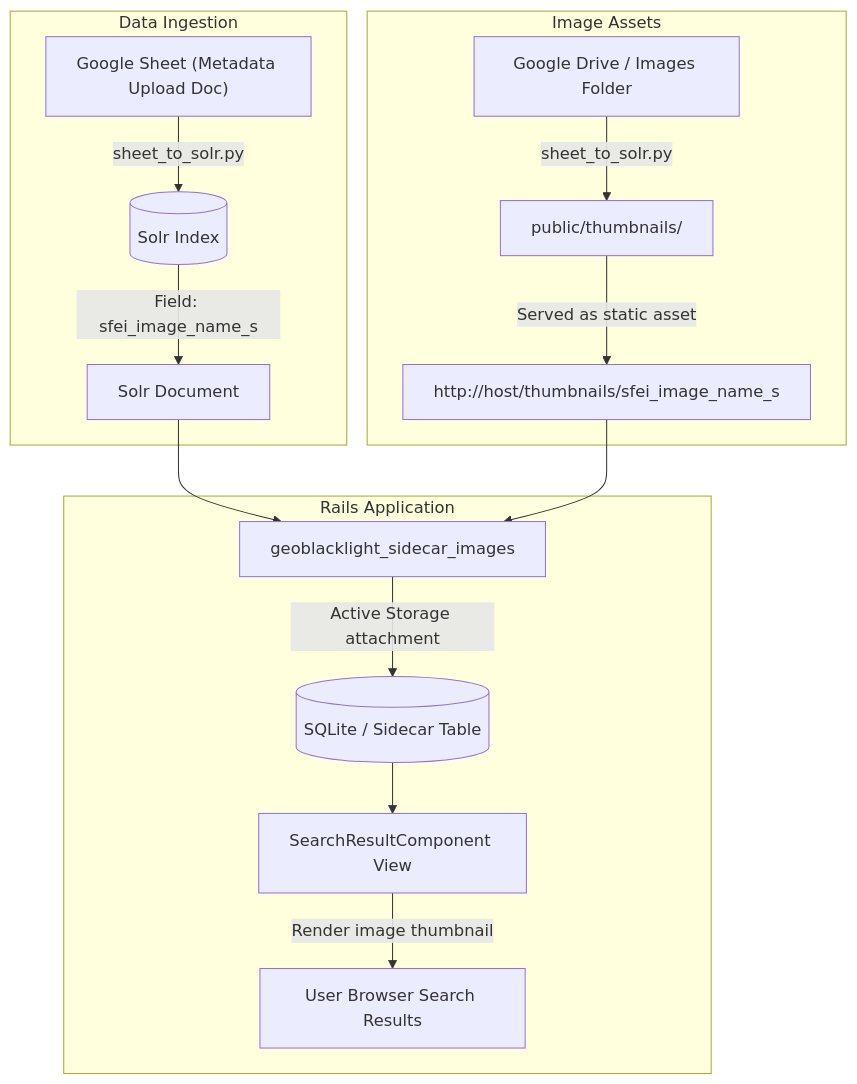
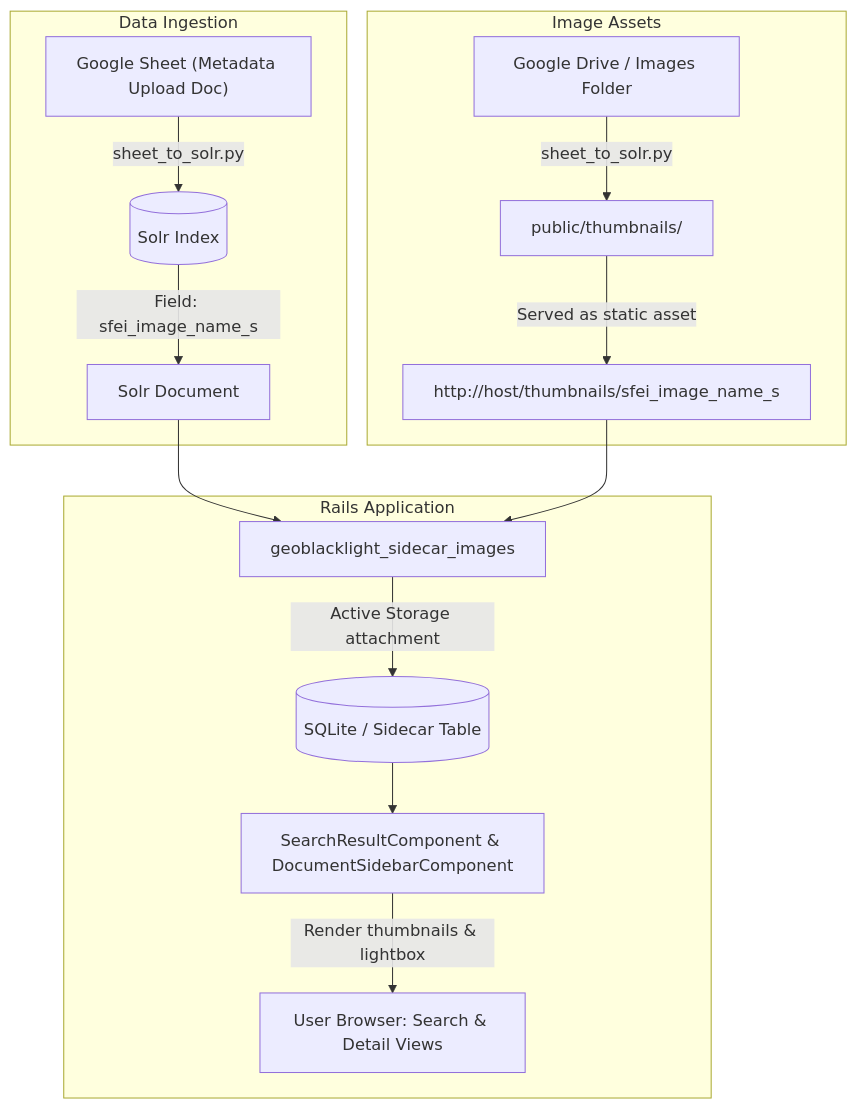
The diagram in docs/specs/sidecar-images-spec.md (noorsheikh2/SFEI-GeoBlacklight-Internal), drawn with Mermaid before and after one commit. The commit also changed other lines of this file and 7 other files, not shown here.

````diff
--- a/docs/specs/sidecar-images-spec.md
+++ b/docs/specs/sidecar-images-spec.md
@@ -54,20 +87,20 @@
 ```mermaid
 flowchart TD
     subgraph Data Ingestion
         A["Google Sheet (Metadata Upload Doc)"] -->|sheet_to_solr.py| B[(Solr Index)]
         B -->|Field: sfei_image_name_s| C[Solr Document]
     end
 
     subgraph Image Assets
         IMG["Google Drive / Images Folder"] --> |sheet_to_solr.py| DIR[public/thumbnails/]
         DIR -->|Served as static asset| URL["http://host/thumbnails/sfei_image_name_s"]
     end
 
     subgraph Rails Application
         C --> D[geoblacklight_sidecar_images]
         URL --> D
         D -->|Active Storage attachment| DB[(SQLite / Sidecar Table)]
-        DB --> E[SearchResultComponent View]
-        E -->|Render image thumbnail| UI[User Browser Search Results]
+        DB --> E[SearchResultComponent & DocumentSidebarComponent]
+        E -->|Render thumbnails & lightbox| UI[User Browser: Search & Detail Views]
     end
 ```
````
